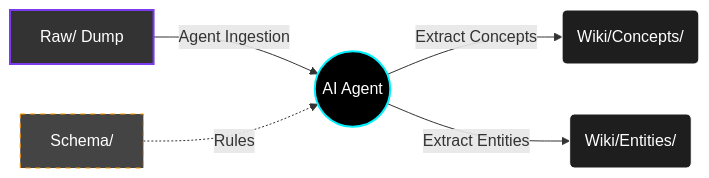
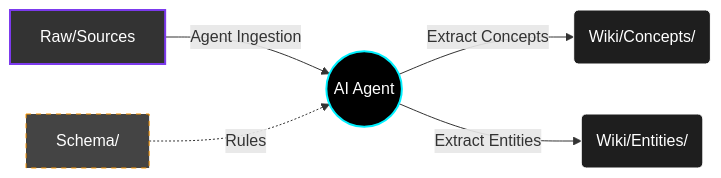
Before and after one commit to pokharelsandeep333-commits/Personal-Wiki-Template: the diagram in README.md, drawn with Mermaid.

Commit message:
docs: update node label in README flowchart from Raw/ Dump to Raw/Sources

````diff
--- a/README.md
+++ b/README.md
@@ -72,12 +72,12 @@
 ```mermaid
 flowchart LR
-    A[Raw/ Dump] -->|Agent Ingestion| B((AI Agent))
+    A[Raw/Sources] -->|Agent Ingestion| B((AI Agent))
     B -->|Extract Concepts| C(Wiki/Concepts/)
     B -->|Extract Entities| D(Wiki/Entities/)
     E[Schema/] -.->|Rules| B
     style A fill:#333,stroke:#7C3AED,stroke-width:2px,color:#fff
     style B fill:#000,stroke:#00F0FF,stroke-width:2px,color:#fff
     style C fill:#1e1e1e,stroke:#fff,stroke-width:1px,color:#fff
     style D fill:#1e1e1e,stroke:#fff,stroke-width:1px,color:#fff
     style E fill:#444,stroke:#ff9900,stroke-width:1px,color:#fff,stroke-dasharray: 5 5
 ```
````
